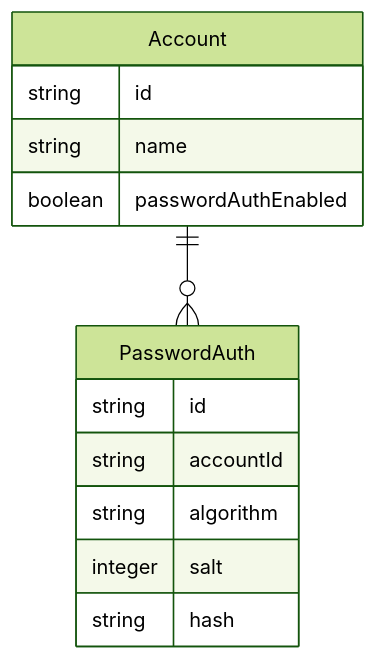
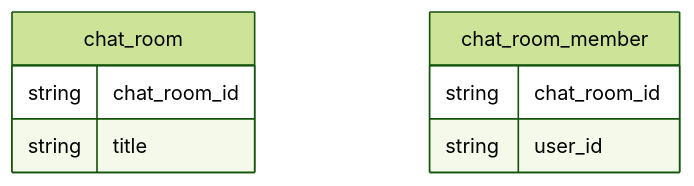
The third of 8 diagrams in backend/docs/db.md (frost-community/frost), drawn with Mermaid (forest theme) before and after one commit. The commit also changed other lines of this file, not shown here.

````diff
--- a/backend/docs/db.md
+++ b/backend/docs/db.md
@@ -57,18 +67,12 @@
 ```mermaid
 erDiagram
-  Account {
-    string id
-    string name
-    boolean passwordAuthEnabled
+  chat_room {
+    string chat_room_id
+    string title
   }
 
-  Account ||--o{ PasswordAuth : ""
-
-  PasswordAuth {
-    string id
-    string accountId
-    string algorithm
-    integer salt
-    string hash
+  chat_room_member {
+    string chat_room_id
+    string user_id
   }
 ```
````
